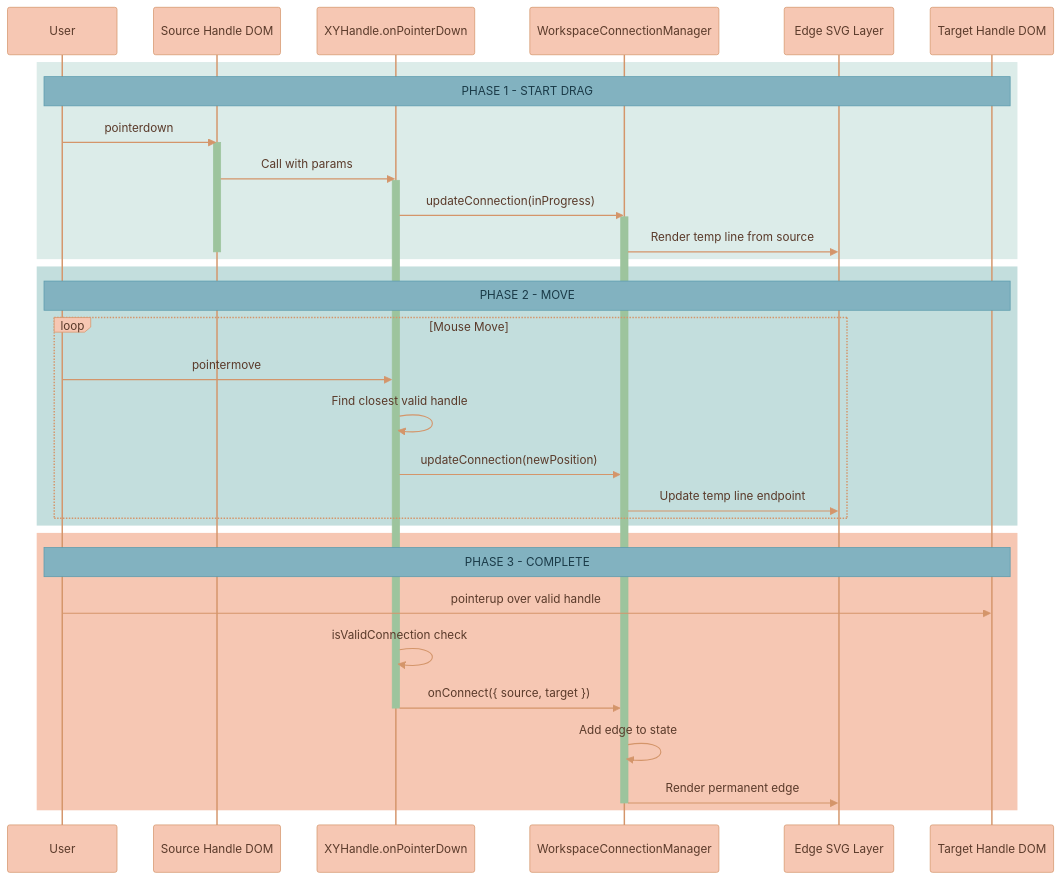
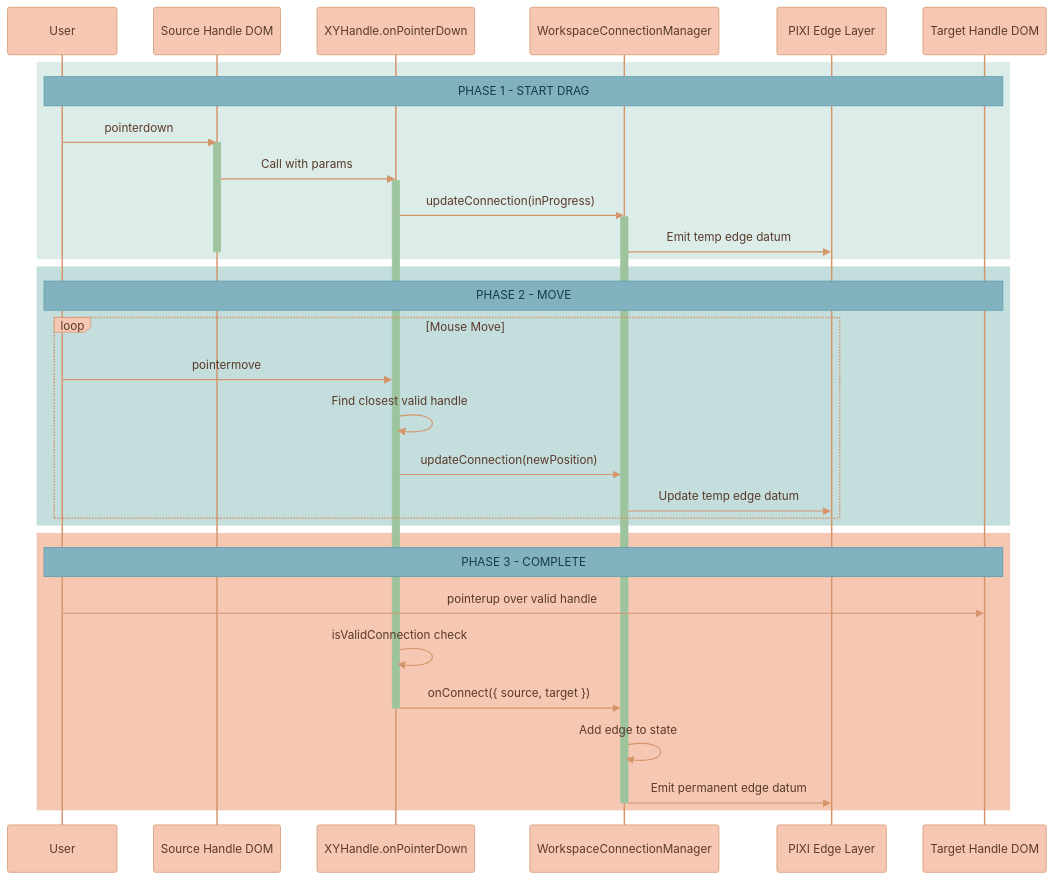
One commit to Lixpi/lixpi changed diagram 12 of 17 in documentation/features/WORKSPACE-FEATURE.md. Above: the diagram before and after it, drawn with Mermaid. The commit also changed other lines of this file and 27 other files, not shown here.

````diff
--- a/documentation/features/WORKSPACE-FEATURE.md
+++ b/documentation/features/WORKSPACE-FEATURE.md
@@ -815,51 +813,51 @@
 ```mermaid
 %%{init: {'theme': 'base', 'themeVariables': { 'noteBkgColor': '#82B2C0', 'noteTextColor': '#1a3a47', 'noteBorderColor': '#5a9aad', 'actorBkg': '#F6C7B3', 'actorBorder': '#d4956a', 'actorTextColor': '#5a3a2a', 'actorLineColor': '#d4956a', 'signalColor': '#d4956a', 'signalTextColor': '#5a3a2a', 'labelBoxBkgColor': '#F6C7B3', 'labelBoxBorderColor': '#d4956a', 'labelTextColor': '#5a3a2a', 'loopTextColor': '#5a3a2a', 'activationBorderColor': '#9DC49D', 'activationBkgColor': '#9DC49D', 'sequenceNumberColor': '#5a3a2a'}}}%%
 sequenceDiagram
     participant User
     participant Handle as Source Handle DOM
     participant XYH as XYHandle.onPointerDown
     participant WCM as WorkspaceConnectionManager
-    participant SVG as Edge SVG Layer
+    participant PIXI as PIXI Edge Layer
     participant Target as Target Handle DOM
     %% ═══════════════════════════════════════════════════════════════
     %% PHASE 1: START DRAG
     %% ═══════════════════════════════════════════════════════════════
     rect rgb(220, 236, 233)
         Note over User, Target: PHASE 1 - START DRAG
         User->>Handle: pointerdown
         activate Handle
         Handle->>XYH: Call with params
         activate XYH
         XYH->>WCM: updateConnection(inProgress)
         activate WCM
-        WCM->>SVG: Render temp line from source
+        WCM->>PIXI: Emit temp edge datum
         deactivate Handle
     end
 
     %% ═══════════════════════════════════════════════════════════════
     %% PHASE 2: MOVE
     %% ═══════════════════════════════════════════════════════════════
     rect rgb(195, 222, 221)
         Note over User, Target: PHASE 2 - MOVE
         loop Mouse Move
             User->>XYH: pointermove
             XYH->>XYH: Find closest valid handle
             XYH->>WCM: updateConnection(newPosition)
-            WCM->>SVG: Update temp line endpoint
+            WCM->>PIXI: Update temp edge datum
         end
     end
 
     %% ═══════════════════════════════════════════════════════════════
     %% PHASE 3: COMPLETE
     %% ═══════════════════════════════════════════════════════════════
     rect rgb(246, 199, 179)
         Note over User, Target: PHASE 3 - COMPLETE
         User->>Target: pointerup over valid handle
         XYH->>XYH: isValidConnection check
         XYH->>WCM: onConnect({ source, target })
         deactivate XYH
         WCM->>WCM: Add edge to state
-        WCM->>SVG: Render permanent edge
+        WCM->>PIXI: Emit permanent edge datum
         deactivate WCM
     end
 ```
````
